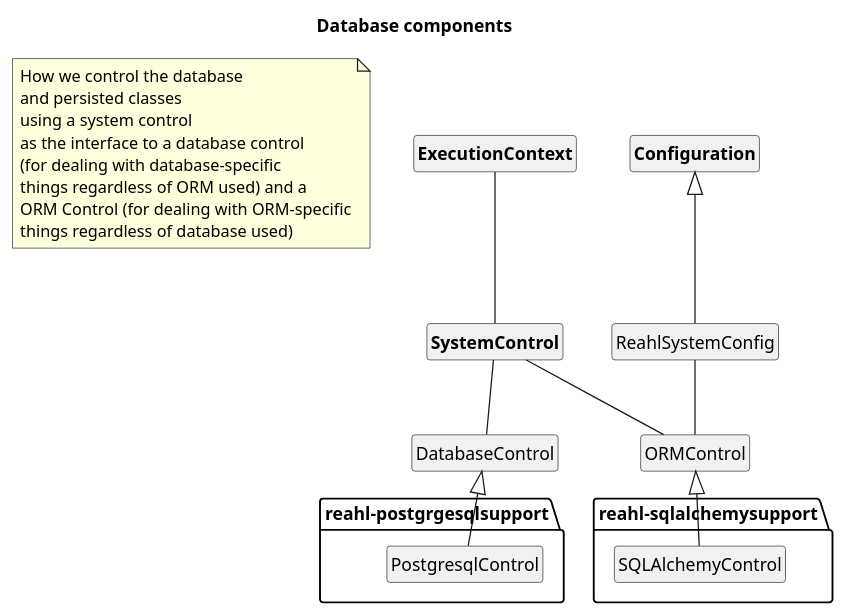
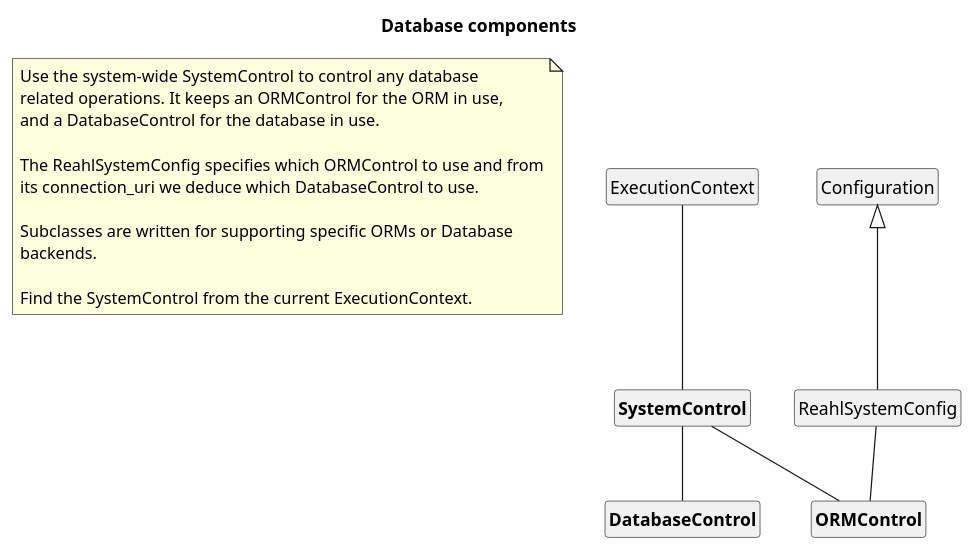
Before and after one commit to reahl/reahl: the diagram in reahl-component/reahl/component_dev/database_components.puml, drawn with PlantUML. The commit also changed 21 other files, not shown here.

```diff
--- a/reahl-component/reahl/component_dev/database_components.puml
+++ b/reahl-component/reahl/component_dev/database_components.puml
@@ -1,42 +1,36 @@
 @startuml
 
 title Database components
 
 hide members
 hide circle
 
 note as N1
-	How we control the database
-	and persisted classes
-	using a system control
-	as the interface to a database control
-	(for dealing with database-specific
-	things regardless of ORM used) and a
-	ORM Control (for dealing with ORM-specific
-	things regardless of database used)
+   Use the system-wide SystemControl to control any database
+   related operations. It keeps an ORMControl for the ORM in use,
+   and a DatabaseControl for the database in use.
+
+   The ReahlSystemConfig specifies which ORMControl to use and from
+   its connection_uri we deduce which DatabaseControl to use.
+
+   Subclasses are written for supporting specific ORMs or Database
+   backends.
+
+   Find the SystemControl from the current ExecutionContext.
 end note
 
-class "<b>ExecutionContext</b>" as ExecutionContext
+class ExecutionContext
 class "<b>SystemControl</b>" as SystemControl
-class "<b>Configuration</b>" as Configuration
+class Configuration
+class ReahlSystemConfig
+class "<b>ORMControl</b>" as ORMControl
+class "<b>DatabaseControl</b>" as DatabaseControl
 
 ExecutionContext -down- SystemControl
 SystemControl -down- DatabaseControl
 SystemControl -down- ORMControl
 
 Configuration <|-- ReahlSystemConfig
 ReahlSystemConfig -- ORMControl
 
-package reahl-sqlalchemysupport{
-	class SQLAlchemyControl
-}
-
-ORMControl <|-- SQLAlchemyControl
-
-package reahl-postgrgesqlsupport{
-	class PostgresqlControl
-}
-
-DatabaseControl <|-- PostgresqlControl
-
 @enduml
```
